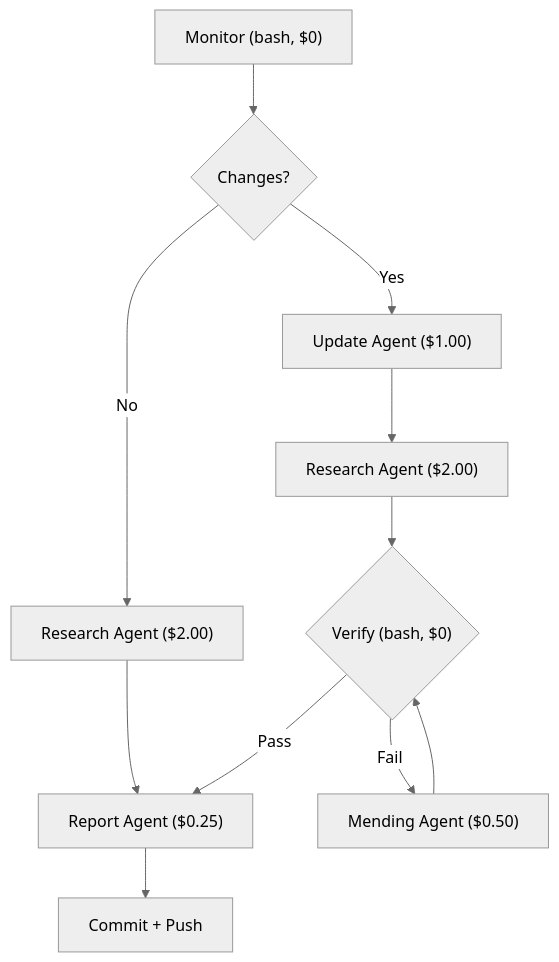
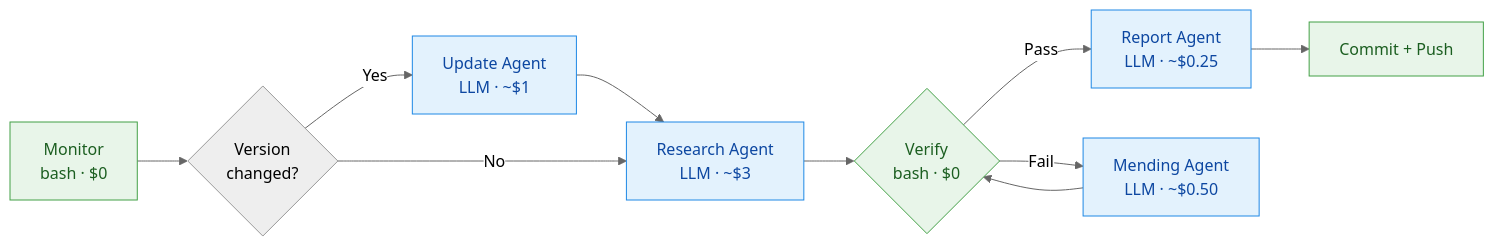
Before and after one commit to xiaolai/claude-agent-sdk-skill-autoupdated: the first of 3 diagrams in README.md, drawn with Mermaid (neutral theme). The commit also changed other lines of this file, not shown here.

First line of the commit message:
Update README with 3 Mermaid charts illustrating the pipeline workflow

````diff
--- a/README.md
+++ b/README.md
@@ -63,14 +67,15 @@
 ```mermaid
-flowchart TD
-    M["Monitor (bash, $0)"] --> C{Changes?}
-    C -- No --> R1["Research Agent ($2.00)"]
-    C -- Yes --> U["Update Agent ($1.00)"]
-    U --> R2["Research Agent ($2.00)"]
-    R2 --> V{"Verify (bash, $0)"}
-    V -- Pass --> RP["Report Agent ($0.25)"]
-    V -- Fail --> ME["Mending Agent ($0.50)"]
+flowchart LR
+    M["Monitor<br/>bash · $0"]:::bash --> C{Version<br/>changed?}
+    C -- Yes --> U["Update Agent<br/>LLM · ~$1"]:::llm
+    U --> R["Research Agent<br/>LLM · ~$3"]:::llm
+    C -- No --> R
+    R --> V{"Verify<br/>bash · $0"}:::bash
+    V -- Pass --> RP["Report Agent<br/>LLM · ~$0.25"]:::llm
+    V -- Fail --> ME["Mending Agent<br/>LLM · ~$0.50"]:::llm
     ME --> V
-    R1 --> RP
-    RP --> CO["Commit + Push"]
+    RP --> CO["Commit + Push"]:::bash
 
+    classDef bash fill:#e8f5e9,stroke:#43a047,color:#1b5e20
+    classDef llm fill:#e3f2fd,stroke:#1e88e5,color:#0d47a1
 ```
````
